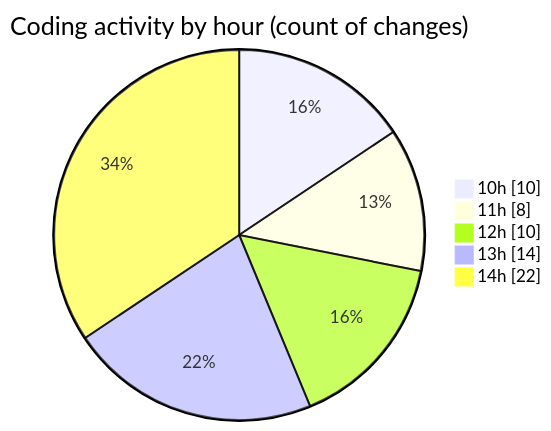
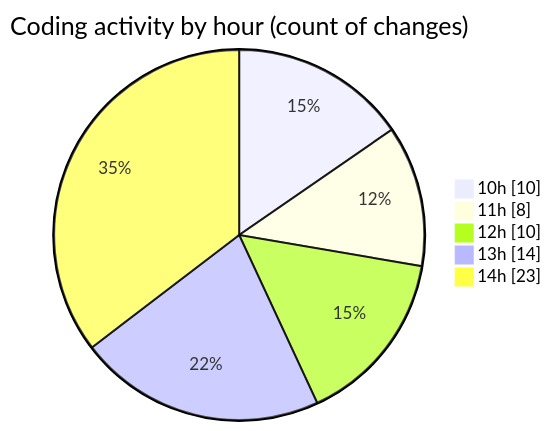
One commit to nxtqubesakshisongat/code-tracking changed the second of 2 diagrams in 2025-07-29/nxtqube_webapp/README.md. Above: the diagram before and after it, drawn with Mermaid. The commit also changed other lines of this file and 1 other file, not shown here.

````diff
--- a/2025-07-29/nxtqube_webapp/README.md
+++ b/2025-07-29/nxtqube_webapp/README.md
@@ -36,9 +36,9 @@
 ```mermaid
 pie showData
 title Coding activity by hour (count of changes)
 "10h" : 10
 "11h" : 8
 "12h" : 10
 "13h" : 14
-"14h" : 22
+"14h" : 23
 ```
````
